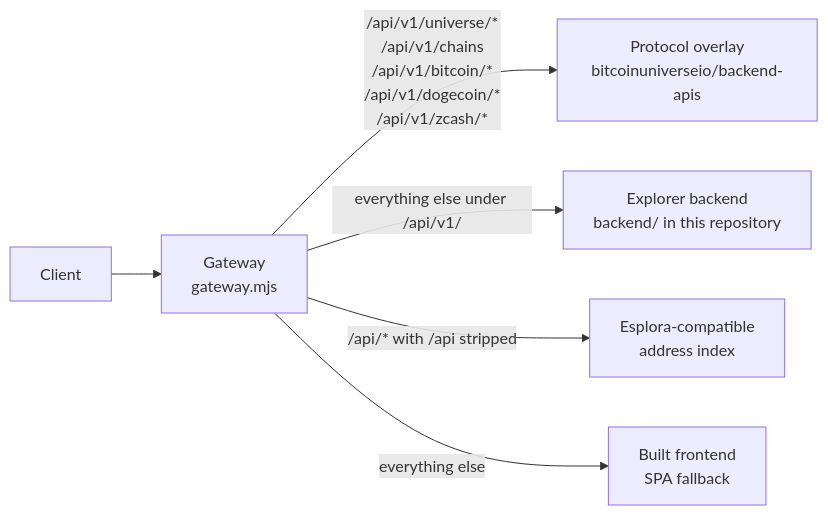
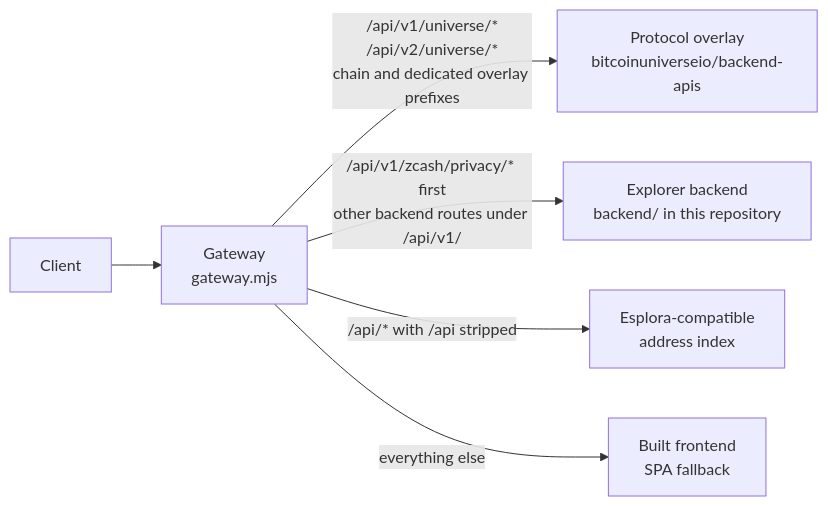
Before and after one commit to bitcoinuniverseio/mempool: the diagram in docs/api/HTTP-API.md, drawn with Mermaid. The commit also changed other lines of this file and 21 other files, not shown here.

````diff
--- a/docs/api/HTTP-API.md
+++ b/docs/api/HTTP-API.md
@@ -24,15 +25,15 @@
 ```mermaid
 flowchart LR
   client["Client"]
   gw["Gateway<br/>gateway.mjs"]
   ov["Protocol overlay<br/>bitcoinuniverseio/backend-apis"]
   be["Explorer backend<br/>backend/ in this repository"]
   idx["Esplora-compatible<br/>address index"]
   fe["Built frontend<br/>SPA fallback"]
 
   client --> gw
-  gw -->|"/api/v1/universe/*<br/>/api/v1/chains<br/>/api/v1/bitcoin/*<br/>/api/v1/dogecoin/*<br/>/api/v1/zcash/*"| ov
-  gw -->|"everything else under /api/v1/"| be
+  gw -->|"/api/v1/universe/*<br/>/api/v2/universe/*<br/>chain and dedicated overlay prefixes"| ov
+  gw -->|"/api/v1/zcash/privacy/* first<br/>other backend routes under /api/v1/"| be
   gw -->|"/api/* with /api stripped"| idx
   gw -->|"everything else"| fe
 ```
````
